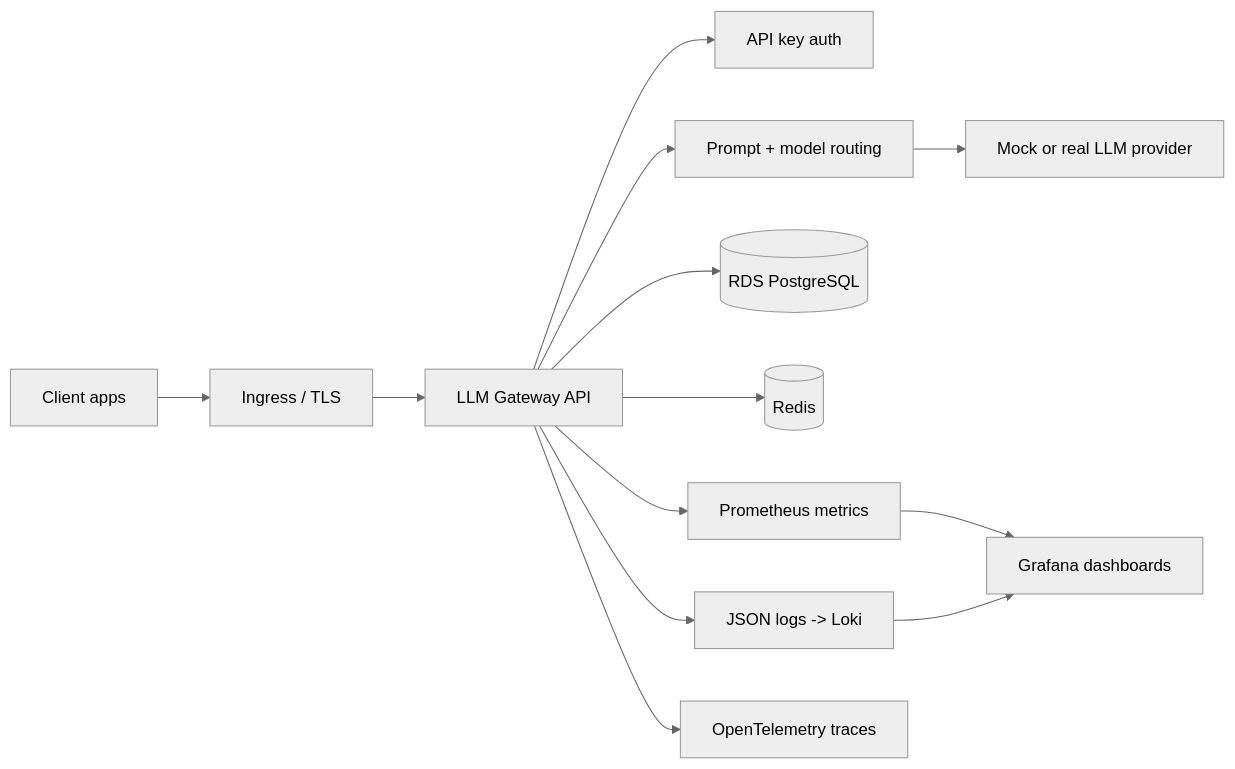
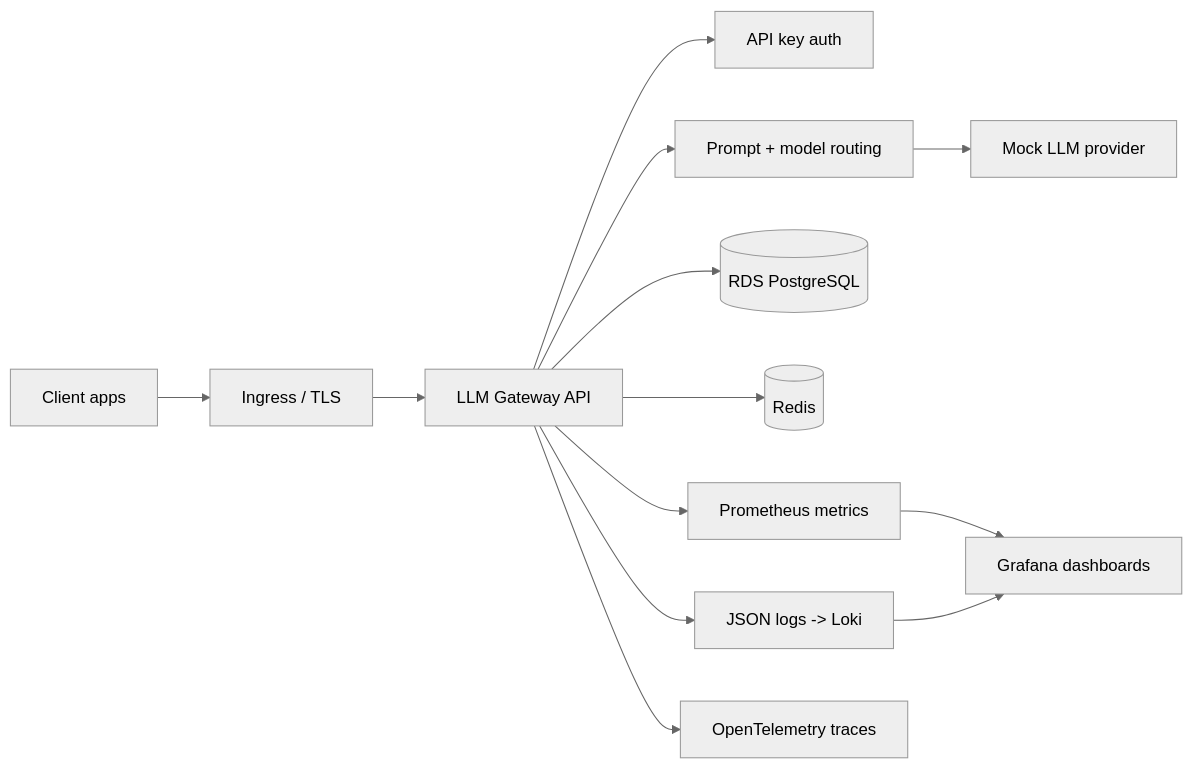
One commit to christiankfoury/llmops-platform changed the diagram in README.md. Above: the diagram before and after it, drawn with Mermaid (neutral theme). The commit also changed other lines of this file and 59 other files, not shown here.

````diff
--- a/README.md
+++ b/README.md
@@ -73,15 +73,15 @@
 ```mermaid
 flowchart LR
   client["Client apps"] --> ingress["Ingress / TLS"]
   ingress --> api["LLM Gateway API"]
   api --> auth["API key auth"]
   api --> routing["Prompt + model routing"]
-  routing --> provider["Mock or real LLM provider"]
+  routing --> provider["Mock LLM provider"]
   api --> postgres[("RDS PostgreSQL")]
   api --> redis[("Redis")]
   api --> metrics["Prometheus metrics"]
   api --> logs["JSON logs -> Loki"]
   api --> traces["OpenTelemetry traces"]
   metrics --> grafana["Grafana dashboards"]
   logs --> grafana
 ```
````
